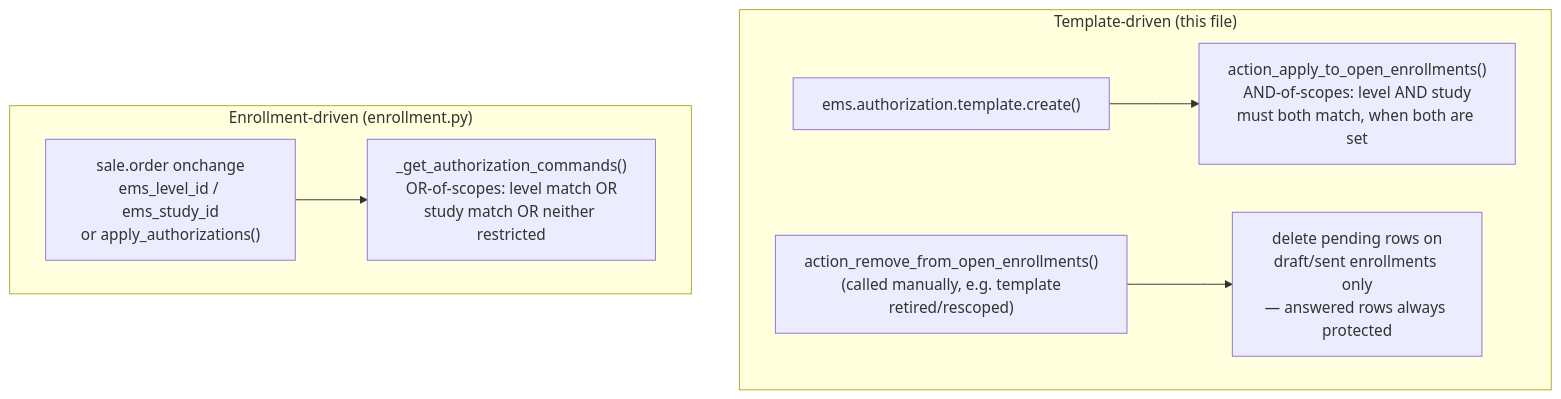
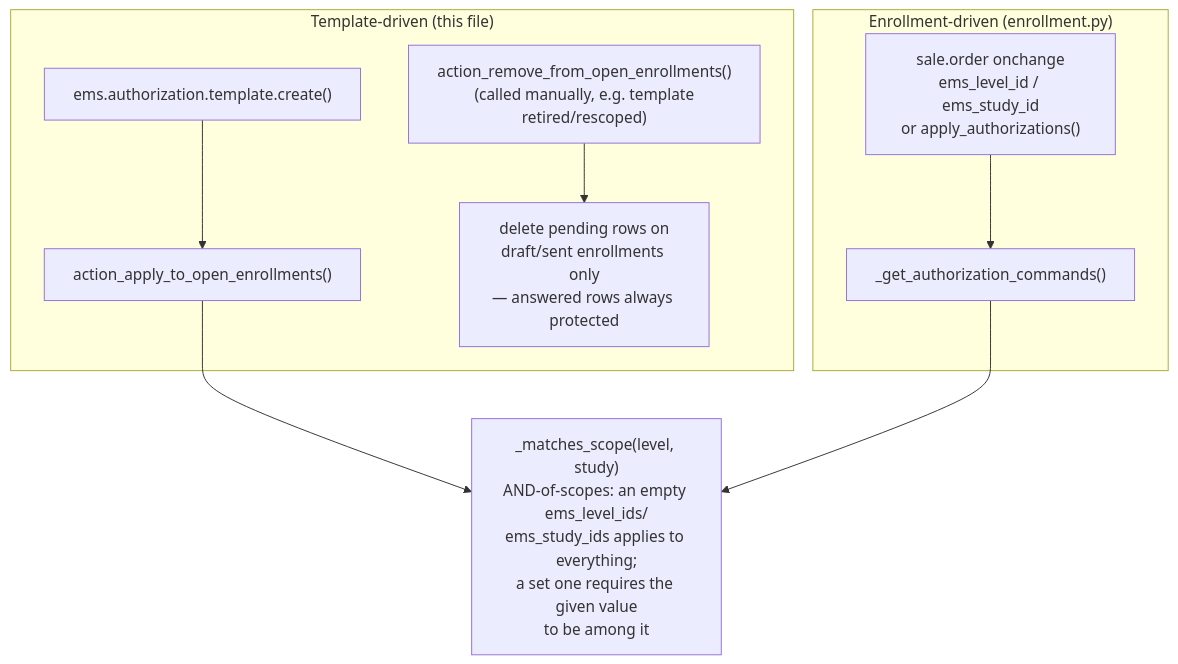
One commit to ElPuig/EMS changed the first of 4 diagrams in docs/en/developers/enrollment/authorization.md. Above: the diagram before and after it, drawn with Mermaid. The commit also changed other lines of this file and 8 other files, not shown here.

````diff
--- a/docs/en/developers/enrollment/authorization.md
+++ b/docs/en/developers/enrollment/authorization.md
@@ -46,10 +47,12 @@
 ```mermaid
 flowchart TD
     subgraph "Template-driven (this file)"
-        A["ems.authorization.template.create()"] --> B["action_apply_to_open_enrollments()\nAND-of-scopes: level AND study\nmust both match, when both are set"]
+        A["ems.authorization.template.create()"] --> B["action_apply_to_open_enrollments()"]
         C["action_remove_from_open_enrollments()\n(called manually, e.g. template\nretired/rescoped)"] --> D["delete pending rows on\ndraft/sent enrollments only\n— answered rows always protected"]
     end
     subgraph "Enrollment-driven (enrollment.py)"
-        E["sale.order onchange\nems_level_id / ems_study_id\nor apply_authorizations()"] --> F["_get_authorization_commands()\nOR-of-scopes: level match OR\nstudy match OR neither restricted"]
+        E["sale.order onchange\nems_level_id / ems_study_id\nor apply_authorizations()"] --> F["_get_authorization_commands()"]
     end
+    B --> G["_matches_scope(level, study)\nAND-of-scopes: an empty ems_level_ids/\nems_study_ids applies to everything;\na set one requires the given value\nto be among it"]
+    F --> G
 ```
````
